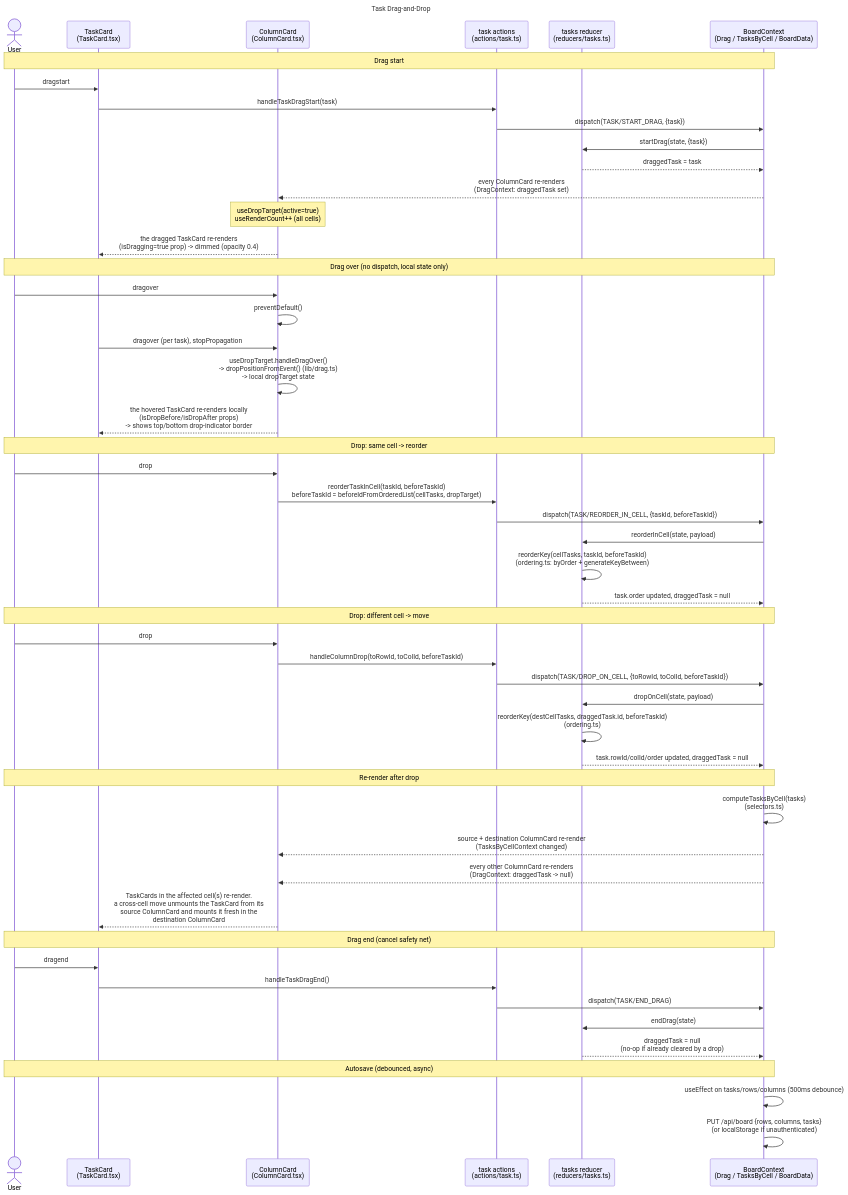
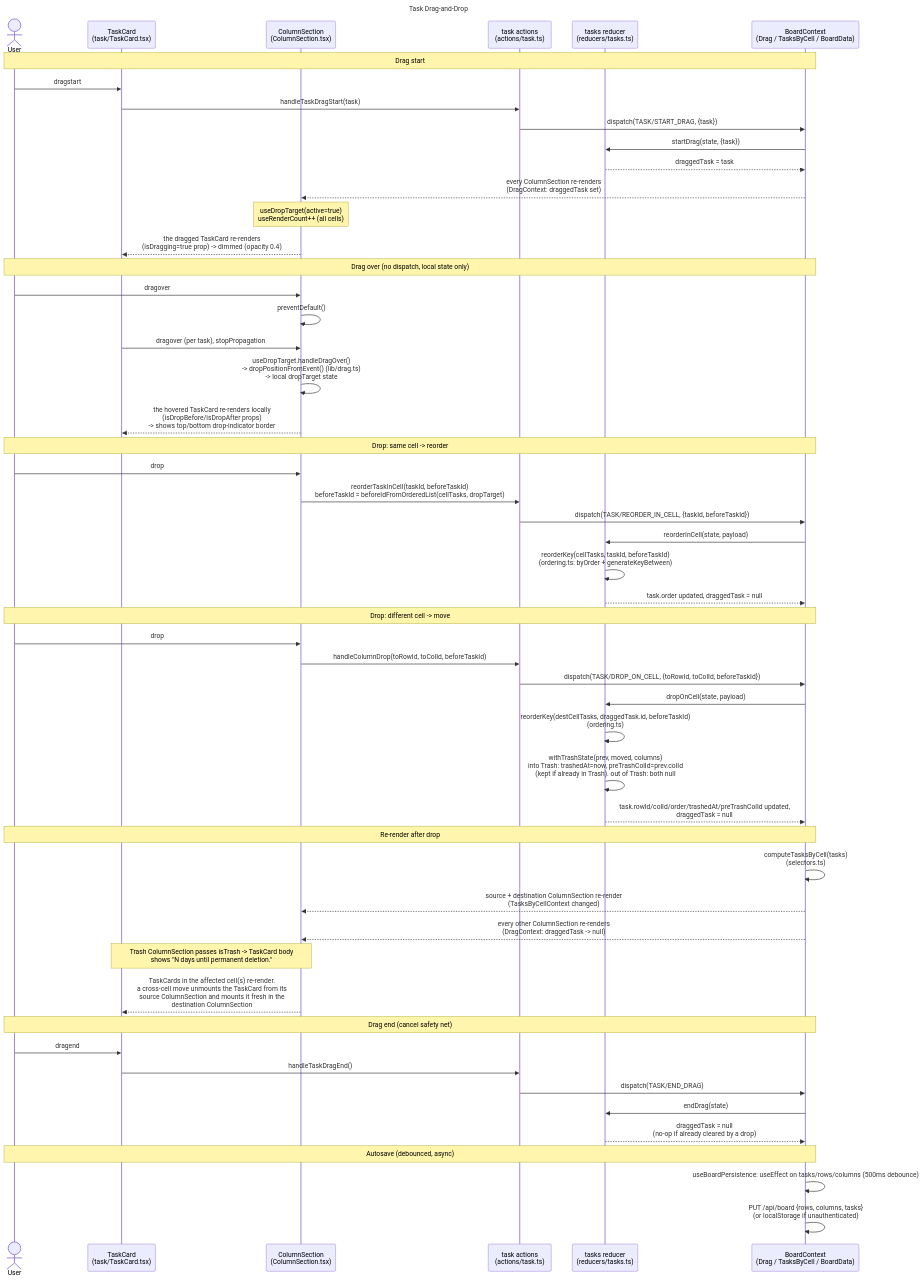
The diagram in docs/sequence-diagrams/task-drag-and-drop.mmd (kimdcottrell/kanaryboards), drawn with Mermaid before and after one commit. The commit also changed 123 other files, not shown here.

First line of the commit message:
massive improvements to task modal. post-edit-pre-save modal state now exists. board now sync's across browser tabs.

```diff
--- a/docs/sequence-diagrams/task-drag-and-drop.mmd
+++ b/docs/sequence-diagrams/task-drag-and-drop.mmd
@@ -1,60 +1,62 @@
 ---
 title: Task Drag-and-Drop
 ---
 sequenceDiagram
     actor User
-    participant Card as TaskCard<br/>(TaskCard.tsx)
-    participant Cell as ColumnCard<br/>(ColumnCard.tsx)
+    participant Card as TaskCard<br/>(task/TaskCard.tsx)
+    participant Cell as ColumnSection<br/>(ColumnSection.tsx)
     participant Actions as task actions<br/>(actions/task.ts)
     participant Reducer as tasks reducer<br/>(reducers/tasks.ts)
     participant Ctx as BoardContext<br/>(Drag / TasksByCell / BoardData)
 
     Note over User,Ctx: Drag start
     User->>Card: dragstart
     Card->>Actions: handleTaskDragStart(task)
     Actions->>Ctx: dispatch(TASK/START_DRAG, {task})
     Ctx->>Reducer: startDrag(state, {task})
     Reducer-->>Ctx: draggedTask = task
-    Ctx-->>Cell: every ColumnCard re-renders<br/>(DragContext: draggedTask set)
+    Ctx-->>Cell: every ColumnSection re-renders<br/>(DragContext: draggedTask set)
     Note over Cell: useDropTarget(active=true)<br/>useRenderCount++ (all cells)
     Cell-->>Card: the dragged TaskCard re-renders<br/>(isDragging=true prop) -> dimmed (opacity 0.4)
 
     Note over User,Ctx: Drag over (no dispatch, local state only)
     User->>Cell: dragover
     Cell->>Cell: preventDefault()
     Card->>Cell: dragover (per task), stopPropagation
     Cell->>Cell: useDropTarget.handleDragOver()<br/>-> dropPositionFromEvent() (lib/drag.ts)<br/>-> local dropTarget state
     Cell-->>Card: the hovered TaskCard re-renders locally<br/>(isDropBefore/isDropAfter props)<br/>-> shows top/bottom drop-indicator border
 
     Note over User,Ctx: Drop: same cell -> reorder
     User->>Cell: drop
     Cell->>Actions: reorderTaskInCell(taskId, beforeTaskId)<br/>beforeTaskId = beforeIdFromOrderedList(cellTasks, dropTarget)
     Actions->>Ctx: dispatch(TASK/REORDER_IN_CELL, {taskId, beforeTaskId})
     Ctx->>Reducer: reorderInCell(state, payload)
     Reducer->>Reducer: reorderKey(cellTasks, taskId, beforeTaskId)<br/>(ordering.ts: byOrder + generateKeyBetween)
     Reducer-->>Ctx: task.order updated, draggedTask = null
 
     Note over User,Ctx: Drop: different cell -> move
     User->>Cell: drop
     Cell->>Actions: handleColumnDrop(toRowId, toColId, beforeTaskId)
     Actions->>Ctx: dispatch(TASK/DROP_ON_CELL, {toRowId, toColId, beforeTaskId})
     Ctx->>Reducer: dropOnCell(state, payload)
     Reducer->>Reducer: reorderKey(destCellTasks, draggedTask.id, beforeTaskId)<br/>(ordering.ts)
-    Reducer-->>Ctx: task.rowId/colId/order updated, draggedTask = null
+    Reducer->>Reducer: withTrashState(prev, moved, columns)<br/>into Trash: trashedAt=now, preTrashColId=prev.colId<br/>(kept if already in Trash). out of Trash: both null
+    Reducer-->>Ctx: task.rowId/colId/order/trashedAt/preTrashColId updated,<br/>draggedTask = null
 
     Note over User,Ctx: Re-render after drop
     Ctx->>Ctx: computeTasksByCell(tasks)<br/>(selectors.ts)
-    Ctx-->>Cell: source + destination ColumnCard re-render<br/>(TasksByCellContext changed)
-    Ctx-->>Cell: every other ColumnCard re-renders<br/>(DragContext: draggedTask -> null)
-    Cell-->>Card: TaskCards in the affected cell(s) re-render.<br/>a cross-cell move unmounts the TaskCard from its<br/>source ColumnCard and mounts it fresh in the<br/>destination ColumnCard
+    Ctx-->>Cell: source + destination ColumnSection re-render<br/>(TasksByCellContext changed)
+    Ctx-->>Cell: every other ColumnSection re-renders<br/>(DragContext: draggedTask -> null)
+    Note over Cell,Card: Trash ColumnSection passes isTrash -> TaskCard body<br/>shows "N days until permanent deletion."
+    Cell-->>Card: TaskCards in the affected cell(s) re-render.<br/>a cross-cell move unmounts the TaskCard from its<br/>source ColumnSection and mounts it fresh in the<br/>destination ColumnSection
 
     Note over User,Ctx: Drag end (cancel safety net)
     User->>Card: dragend
     Card->>Actions: handleTaskDragEnd()
     Actions->>Ctx: dispatch(TASK/END_DRAG)
     Ctx->>Reducer: endDrag(state)
     Reducer-->>Ctx: draggedTask = null<br/>(no-op if already cleared by a drop)
 
     Note over User,Ctx: Autosave (debounced, async)
-    Ctx->>Ctx: useEffect on tasks/rows/columns (500ms debounce)
+    Ctx->>Ctx: useBoardPersistence: useEffect on tasks/rows/columns (500ms debounce)
     Ctx->>Ctx: PUT /api/board {rows, columns, tasks}<br/>(or localStorage if unauthenticated)
```
